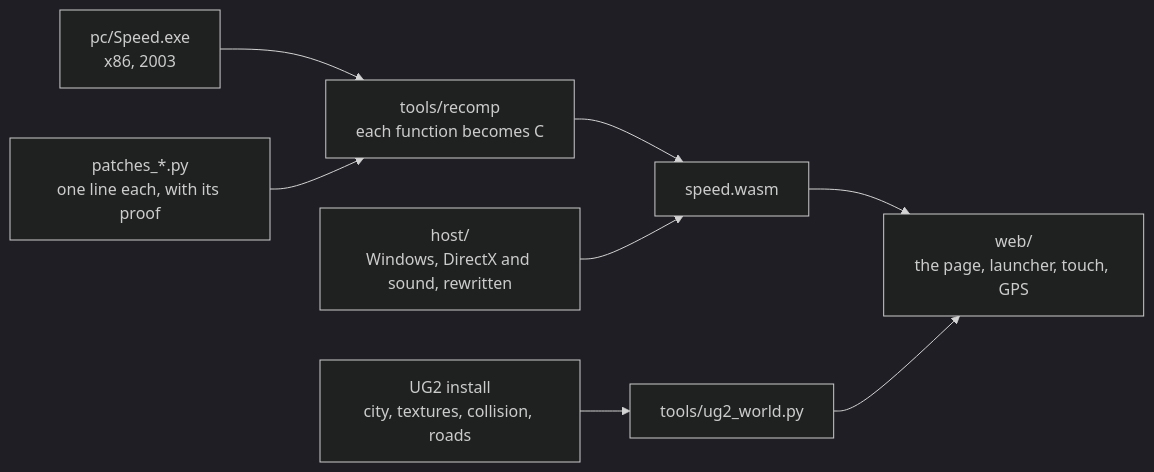
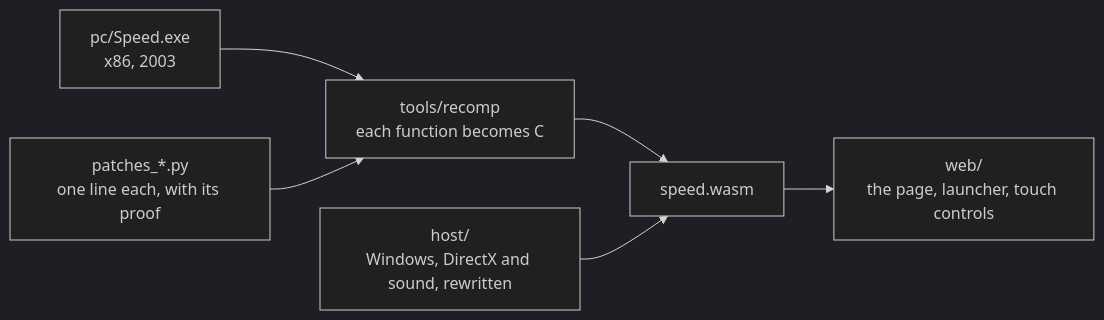
Before and after one commit to Caliko06/RE-NFSU: the diagram in README.md, drawn with Mermaid (dark theme). The commit also changed other lines of this file and 9 other files, not shown here.

Commit message:
README play-first in English + README.es.md: Play button to nfsu.cc, guides and devlog links, WORLD removed (banner and social preview now one Olympic City capture, UG2 media deleted), EA files not in the repo

````diff
--- a/README.md
+++ b/README.md
@@ -65,10 +60,8 @@
 ```mermaid
 flowchart LR
   EXE["pc/Speed.exe<br/>x86, 2003"] --> LIFT["tools/recomp<br/>each function becomes C"]
   PATCH["patches_*.py<br/>one line each, with its proof"] --> LIFT
   LIFT --> WASM["speed.wasm"]
   HOST["host/<br/>Windows, DirectX and sound, rewritten"] --> WASM
-  WASM --> PAGE["web/<br/>the page, launcher, touch, GPS"]
-  UG2["UG2 install<br/>city, textures, collision, roads"] --> WORLD["tools/ug2_world.py"]
-  WORLD --> PAGE
+  WASM --> PAGE["web/<br/>the page, launcher, touch controls"]
 ```
````
